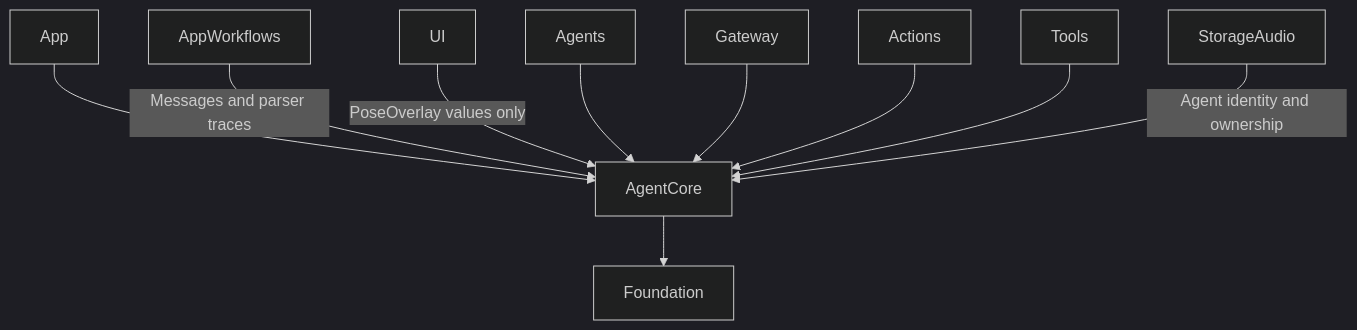
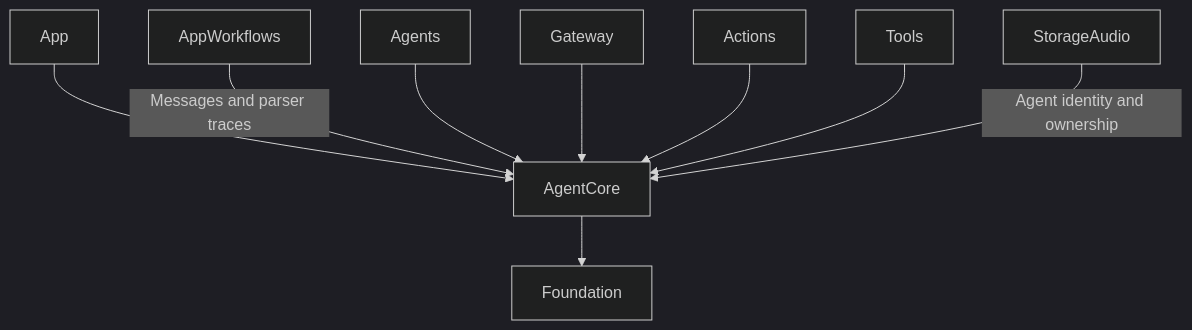
One commit to devilyouwei/MobileHarness changed the first of 2 diagrams in MobileHarness/Agents/Core/README.md. Above: the diagram before and after it, drawn with Mermaid (dark theme). The commit also changed other lines of this file and 42 other files, not shown here.

Commit message:
Improve adaptive latest-frame pose detection and separate visual presentation values

````diff
--- a/MobileHarness/Agents/Core/README.md
+++ b/MobileHarness/Agents/Core/README.md
@@ -24,12 +24,11 @@
 ```mermaid
 flowchart TD
     App --> AgentCore
     AppWorkflows -->|Messages and parser traces| AgentCore
-    UI -->|PoseOverlay values only| AgentCore
     Agents --> AgentCore
     Gateway --> AgentCore
     Actions --> AgentCore
     Tools --> AgentCore
     StorageAudio -->|Agent identity and ownership| AgentCore
     AgentCore --> Foundation
 ```
````
